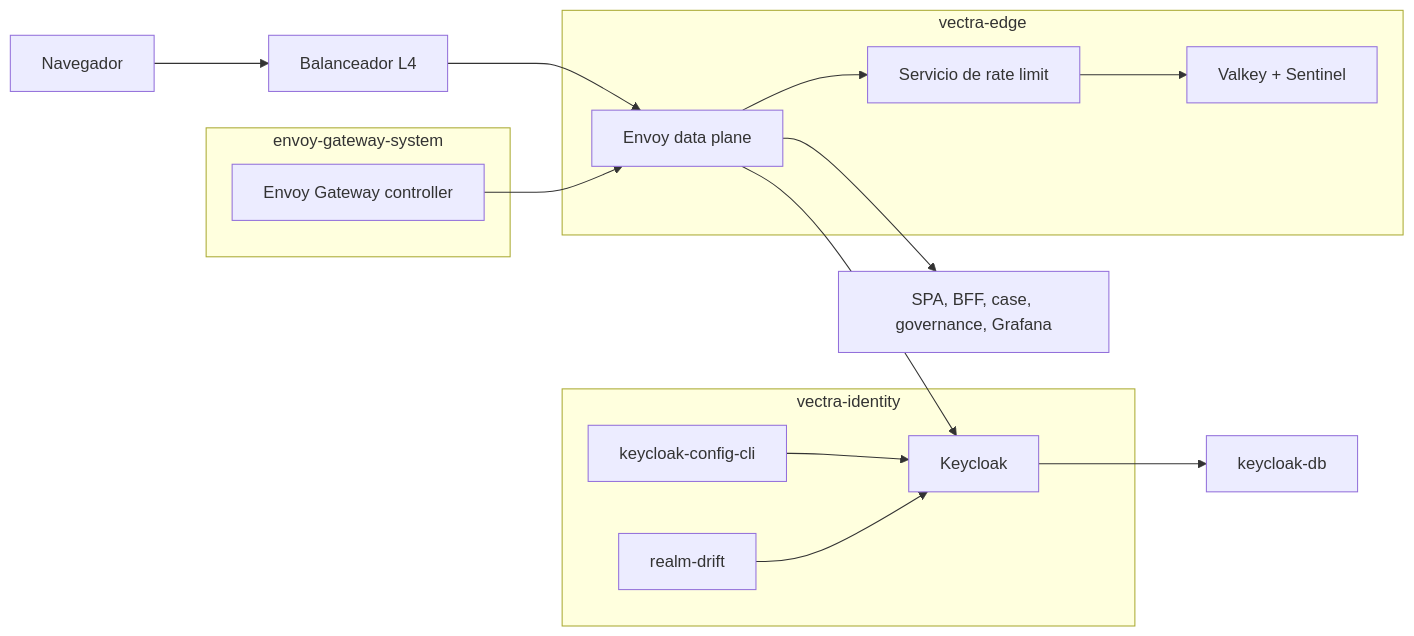
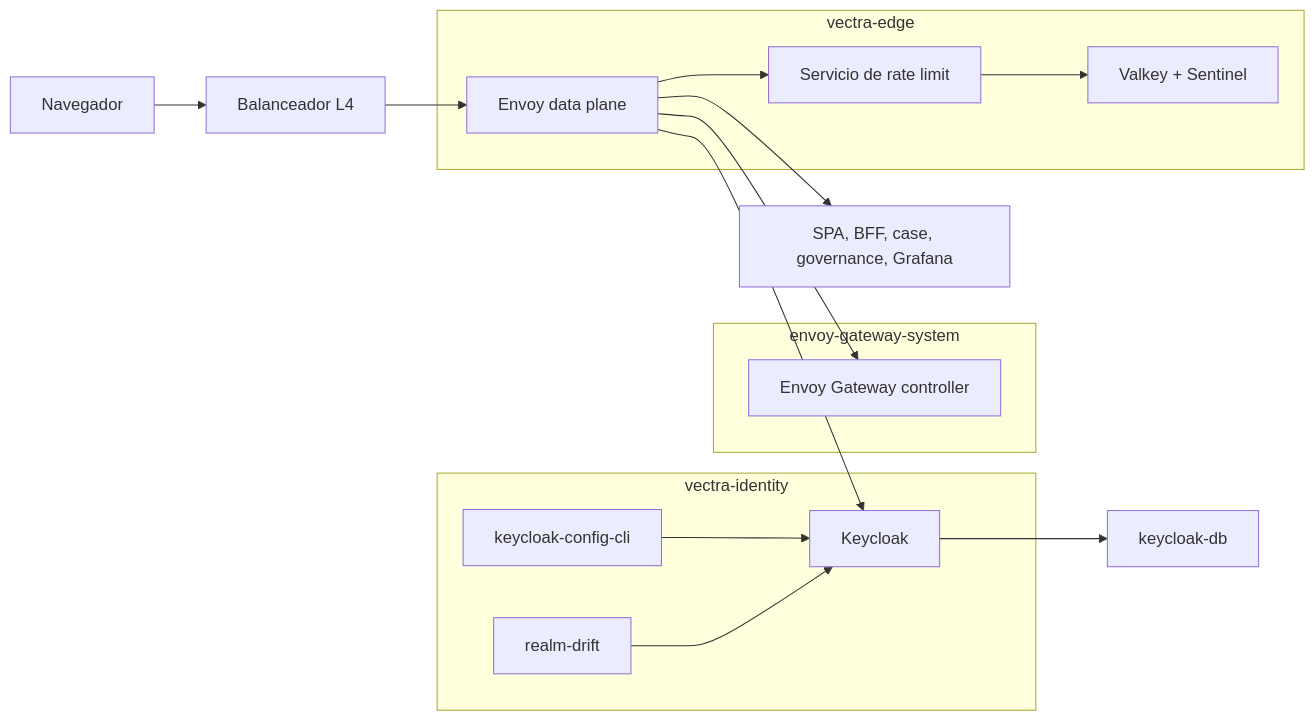
The diagram in vectra-risk/aidlc-docs/construction/identity-edge/nfr-design/logical-components.md (jjlloobb/topicos-especiales-credito-de-vivienda), drawn with Mermaid before and after one commit. The commit also changed 38 other files, not shown here.

````diff
--- a/vectra-risk/aidlc-docs/construction/identity-edge/nfr-design/logical-components.md
+++ b/vectra-risk/aidlc-docs/construction/identity-edge/nfr-design/logical-components.md
@@ -25,31 +25,31 @@
 ```mermaid
 flowchart LR
     browser["Navegador"]
     lb["Balanceador L4"]
     subgraph egsys["envoy-gateway-system"]
         egctl["Envoy Gateway controller"]
     end
     subgraph edge["vectra-edge"]
         envoy["Envoy data plane"]
         rl["Servicio de rate limit"]
         valkey["Valkey + Sentinel"]
     end
     subgraph identity["vectra-identity"]
         kc["Keycloak"]
         kcc["keycloak-config-cli"]
         drift["realm-drift"]
     end
     kcdb["keycloak-db"]
     backends["SPA, BFF, case, governance, Grafana"]
 
     browser --> lb
     lb --> envoy
-    egctl --> envoy
+    envoy --> egctl
     envoy --> rl
     rl --> valkey
     envoy --> kc
     envoy --> backends
     kc --> kcdb
     kcc --> kc
     drift --> kc
 ```
````
